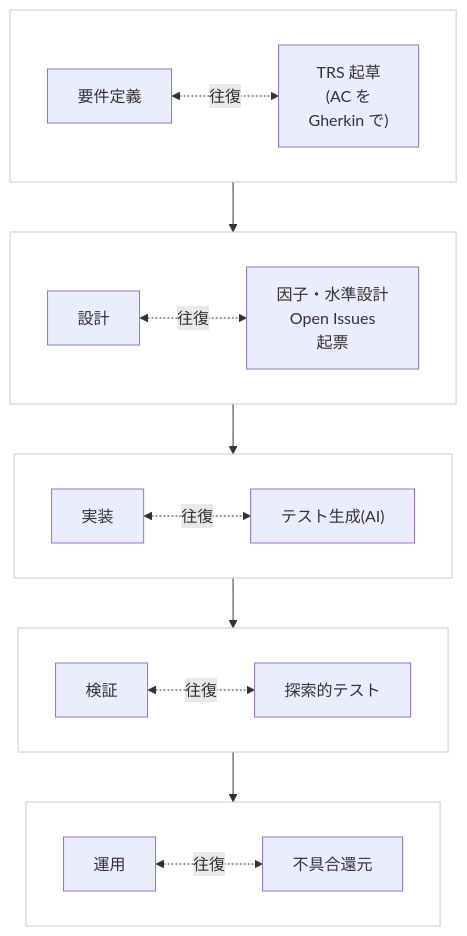
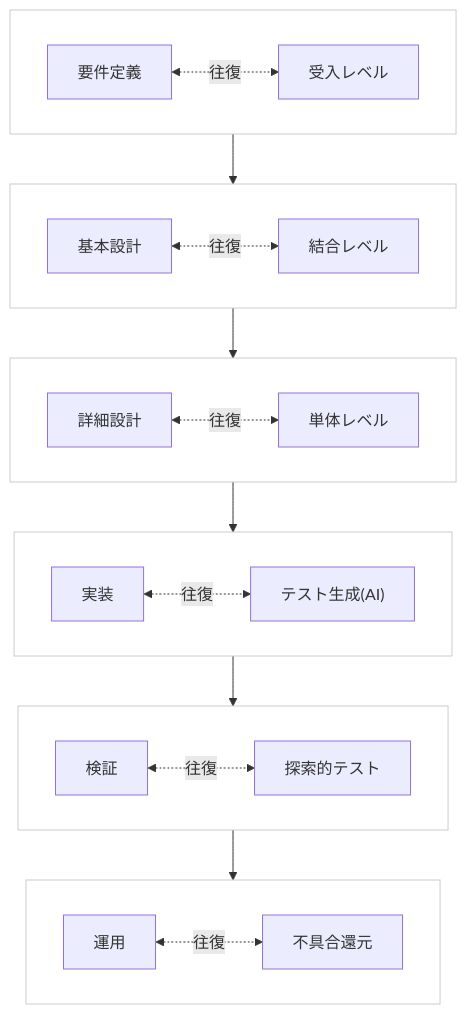
Before and after one commit to toshio-shiratori/harness-test-strategy: the first of 2 diagrams in docs/testing/01-test-policy.md, drawn with Mermaid. The commit also changed other lines of this file and 1 other file, not shown here.

````diff
--- a/docs/testing/01-test-policy.md
+++ b/docs/testing/01-test-policy.md
@@ -29,29 +32,34 @@
 ```mermaid
 flowchart TB
   subgraph P1[" "]
     direction LR
-    D1["要件定義"] <-. 往復 .-> T1["TRS 起草<br/>(AC を<br/>Gherkin で)"]
+    D1["要件定義"] <-. 往復 .-> T1["受入レベル"]
   end
   subgraph P2[" "]
     direction LR
-    D2["設計"] <-. 往復 .-> T2["因子・水準設計<br/>Open Issues<br/>起票"]
+    D2["基本設計"] <-. 往復 .-> T2["結合レベル"]
   end
   subgraph P3[" "]
     direction LR
-    D3["実装"] <-. 往復 .-> T3["テスト生成(AI)"]
+    D3["詳細設計"] <-. 往復 .-> T3["単体レベル"]
   end
   subgraph P4[" "]
     direction LR
-    D4["検証"] <-. 往復 .-> T4["探索的テスト"]
+    D4["実装"] <-. 往復 .-> T4["テスト生成(AI)"]
   end
   subgraph P5[" "]
     direction LR
-    D5["運用"] <-. 往復 .-> T5["不具合還元"]
+    D5["検証"] <-. 往復 .-> T5["探索的テスト"]
   end
-  P1 --> P2 --> P3 --> P4 --> P5
+  subgraph P6[" "]
+    direction LR
+    D6["運用"] <-. 往復 .-> T6["不具合還元"]
+  end
+  P1 --> P2 --> P3 --> P4 --> P5 --> P6
   style P1 fill:none,stroke:#ccc
   style P2 fill:none,stroke:#ccc
   style P3 fill:none,stroke:#ccc
   style P4 fill:none,stroke:#ccc
   style P5 fill:none,stroke:#ccc
+  style P6 fill:none,stroke:#ccc
 ```
````
